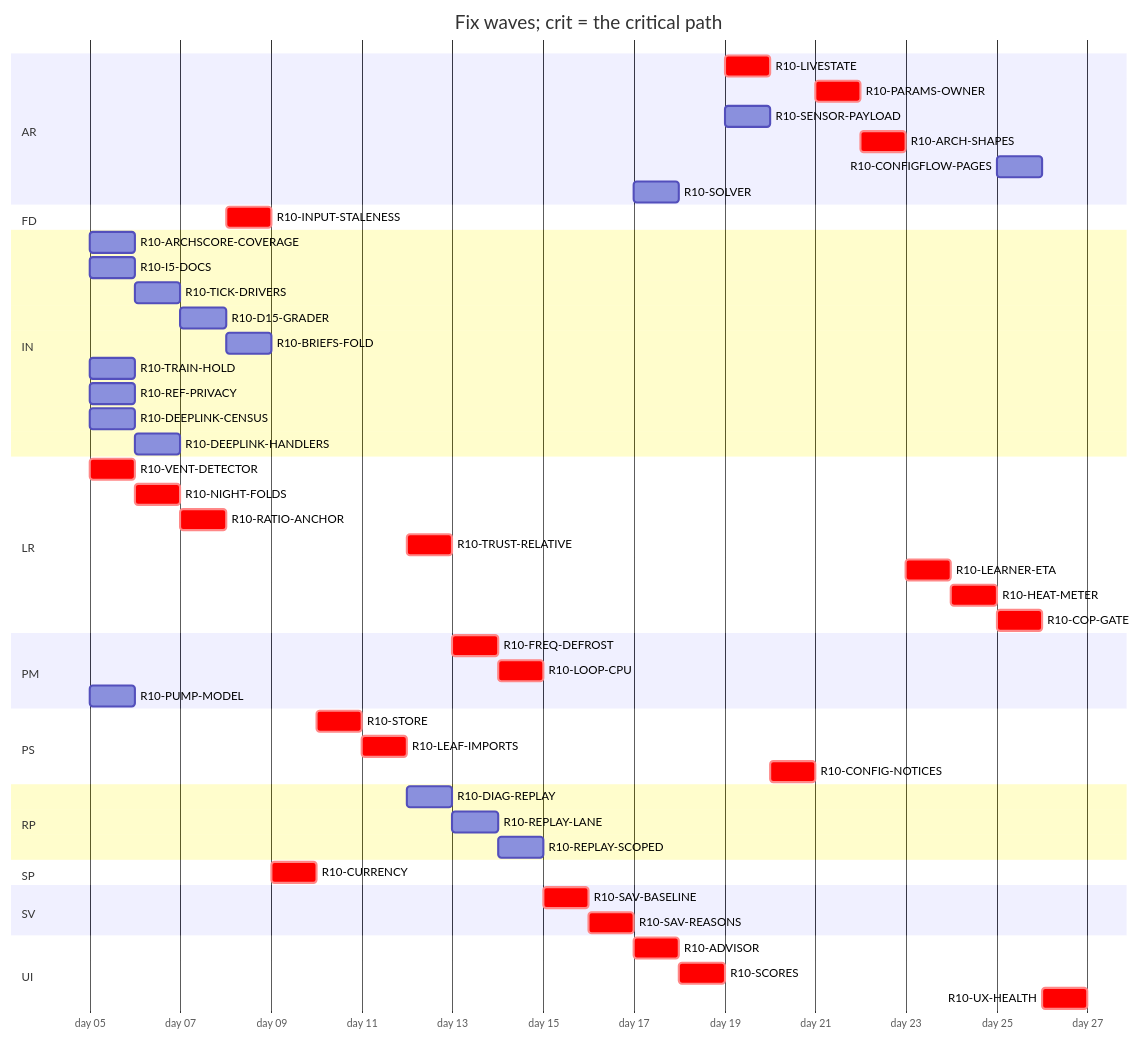
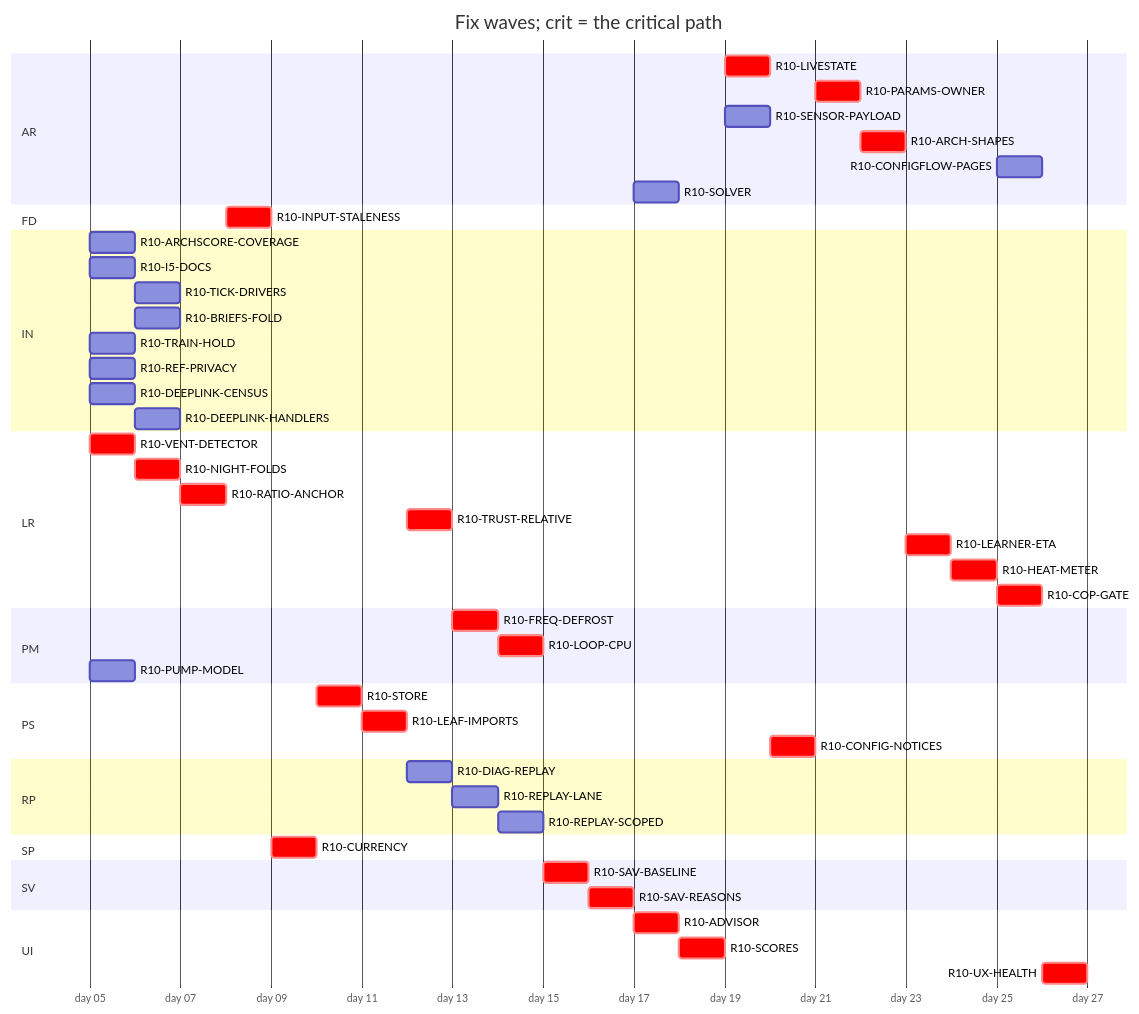
One commit to tvofi/heatpump_optimizer changed the diagram in handoff/round10/state/PLAN-TABLE.md. Above: the diagram before and after it, drawn with Mermaid. The commit also changed other lines of this file and 1 other file, not shown here.

````diff
--- a/handoff/round10/state/PLAN-TABLE.md
+++ b/handoff/round10/state/PLAN-TABLE.md
@@ -23,54 +23,53 @@
 ```mermaid
 gantt
   title Fix waves; crit = the critical path
   dateFormat YYYY-MM-DD
   axisFormat day %d
   section AR
     R10-LIVESTATE :crit, r10LIVESTATE, after r10SCORES r10PUMPMODEL, 1d
     R10-PARAMS-OWNER :crit, r10PARAMSOWNER, after r10CONFIGNOTICES r10ARCHSCORECOVERAGE, 1d
     R10-SENSOR-PAYLOAD :r10SENSORPAYLOAD, after r10SCORES, 1d
     R10-ARCH-SHAPES :crit, r10ARCHSHAPES, after r10PARAMSOWNER r10SENSORPAYLOAD r10FREQDEFROST, 1d
     R10-CONFIGFLOW-PAGES :r10CONFIGFLOWPAGES, after r10HEATMETER, 1d
     R10-SOLVER :r10SOLVER, after r10SAVREASONS, 1d
   section FD
     R10-INPUT-STALENESS :crit, r10INPUTSTALENESS, after r10RATIOANCHOR, 1d
   section IN
     R10-ARCHSCORE-COVERAGE :r10ARCHSCORECOVERAGE, 2026-01-05, 1d
     R10-I5-DOCS :r10I5DOCS, 2026-01-05, 1d
     R10-TICK-DRIVERS :r10TICKDRIVERS, after r10REFPRIVACY, 1d
-    R10-D15-GRADER :r10D15GRADER, after r10TICKDRIVERS, 1d
-    R10-BRIEFS-FOLD :r10BRIEFSFOLD, after r10ARCHSCORECOVERAGE r10D15GRADER, 1d
+    R10-BRIEFS-FOLD :r10BRIEFSFOLD, after r10ARCHSCORECOVERAGE, 1d
     R10-TRAIN-HOLD :r10TRAINHOLD, 2026-01-05, 1d
     R10-REF-PRIVACY :r10REFPRIVACY, 2026-01-05, 1d
     R10-DEEPLINK-CENSUS :r10DEEPLINKCENSUS, 2026-01-05, 1d
     R10-DEEPLINK-HANDLERS :r10DEEPLINKHANDLERS, after r10DEEPLINKCENSUS, 1d
   section LR
     R10-VENT-DETECTOR :crit, r10VENTDETECTOR, 2026-01-05, 1d
     R10-NIGHT-FOLDS :crit, r10NIGHTFOLDS, after r10VENTDETECTOR, 1d
     R10-RATIO-ANCHOR :crit, r10RATIOANCHOR, after r10NIGHTFOLDS, 1d
     R10-TRUST-RELATIVE :crit, r10TRUSTRELATIVE, after r10LEAFIMPORTS, 1d
     R10-LEARNER-ETA :crit, r10LEARNERETA, after r10ARCHSHAPES, 1d
     R10-HEAT-METER :crit, r10HEATMETER, after r10LEARNERETA r10INPUTSTALENESS r10RATIOANCHOR, 1d
     R10-COP-GATE :crit, r10COPGATE, after r10HEATMETER r10SENSORPAYLOAD, 1d
   section PM
     R10-FREQ-DEFROST :crit, r10FREQDEFROST, after r10TRUSTRELATIVE, 1d
     R10-LOOP-CPU :crit, r10LOOPCPU, after r10FREQDEFROST, 1d
     R10-PUMP-MODEL :r10PUMPMODEL, 2026-01-05, 1d
   section PS
     R10-STORE :crit, r10STORE, after r10CURRENCY, 1d
     R10-LEAF-IMPORTS :crit, r10LEAFIMPORTS, after r10STORE r10NIGHTFOLDS, 1d
     R10-CONFIG-NOTICES :crit, r10CONFIGNOTICES, after r10LIVESTATE, 1d
   section RP
     R10-DIAG-REPLAY :r10DIAGREPLAY, after r10LEAFIMPORTS, 1d
     R10-REPLAY-LANE :r10REPLAYLANE, after r10DIAGREPLAY, 1d
     R10-REPLAY-SCOPED :r10REPLAYSCOPED, after r10REPLAYLANE r10TRAINHOLD r10REFPRIVACY, 1d
   section SP
     R10-CURRENCY :crit, r10CURRENCY, after r10INPUTSTALENESS, 1d
   section SV
     R10-SAV-BASELINE :crit, r10SAVBASELINE, after r10LOOPCPU, 1d
     R10-SAV-REASONS :crit, r10SAVREASONS, after r10SAVBASELINE r10LEAFIMPORTS, 1d
   section UI
     R10-ADVISOR :crit, r10ADVISOR, after r10SAVREASONS, 1d
     R10-SCORES :crit, r10SCORES, after r10ADVISOR, 1d
     R10-UX-HEALTH :crit, r10UXHEALTH, after r10SCORES r10COPGATE r10HEATMETER, 1d
 ```
````
